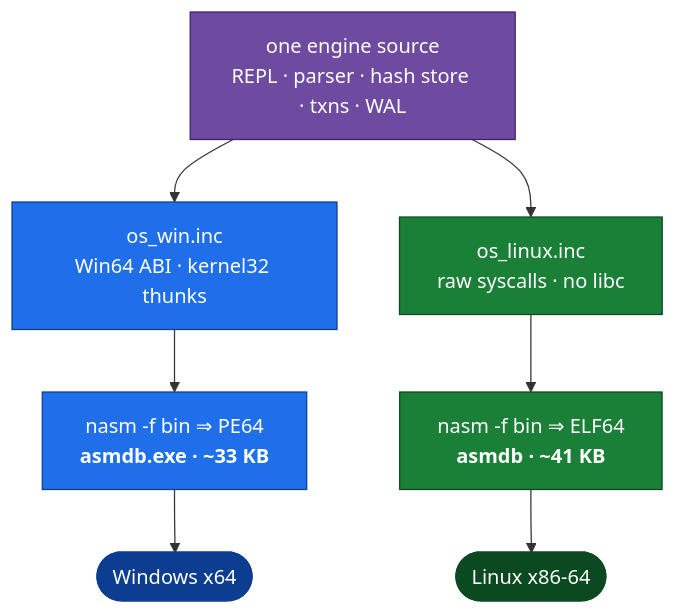
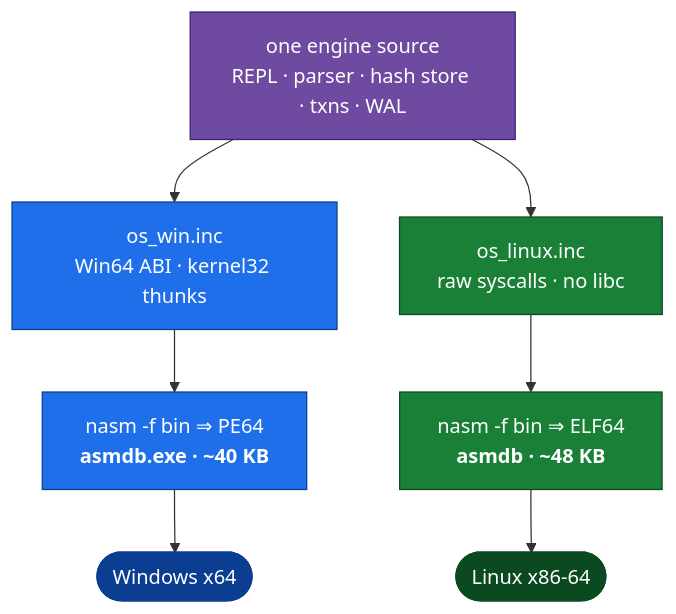
The first of 2 diagrams in README.md (fredgis/asmDB), drawn with Mermaid before and after one commit. The commit also changed other lines of this file and 21 other files, not shown here.

````diff
--- a/README.md
+++ b/README.md
@@ -136,19 +165,19 @@
 ```mermaid
 flowchart TD
     SRC["one engine source<br/>REPL · parser · hash store · txns · WAL"]:::core
 
     SRC --> WIN["os_win.inc<br/>Win64 ABI · kernel32 thunks"]:::win
     SRC --> LIN["os_linux.inc<br/>raw syscalls · no libc"]:::lin
 
-    WIN --> PE["nasm -f bin ⇒ PE64<br/><b>asmdb.exe · ~33 KB</b>"]:::win
-    LIN --> ELF["nasm -f bin ⇒ ELF64<br/><b>asmdb · ~41 KB</b>"]:::lin
+    WIN --> PE["nasm -f bin ⇒ PE64<br/><b>asmdb.exe · ~40 KB</b>"]:::win
+    LIN --> ELF["nasm -f bin ⇒ ELF64<br/><b>asmdb · ~48 KB</b>"]:::lin
 
     PE --> WOS(["Windows x64"]):::winb
     ELF --> LOS(["Linux x86-64"]):::linb
 
     classDef core fill:#6e4aa0,stroke:#3b1e75,color:#fff
     classDef win  fill:#1f6feb,stroke:#0b3d91,color:#fff
     classDef lin  fill:#1a7f37,stroke:#0b4a20,color:#fff
     classDef winb fill:#0b3d91,stroke:#0b3d91,color:#fff
     classDef linb fill:#0b4a20,stroke:#0b4a20,color:#fff
 ```
````
